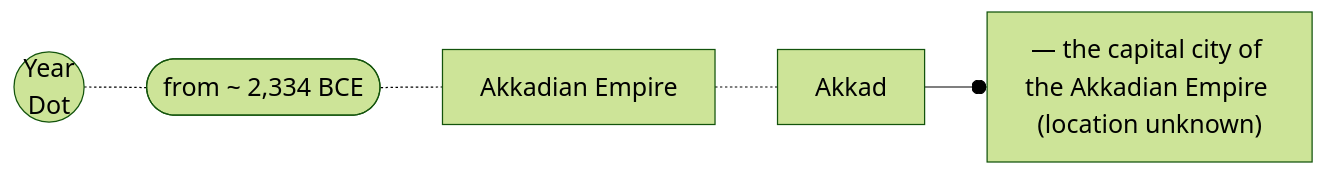
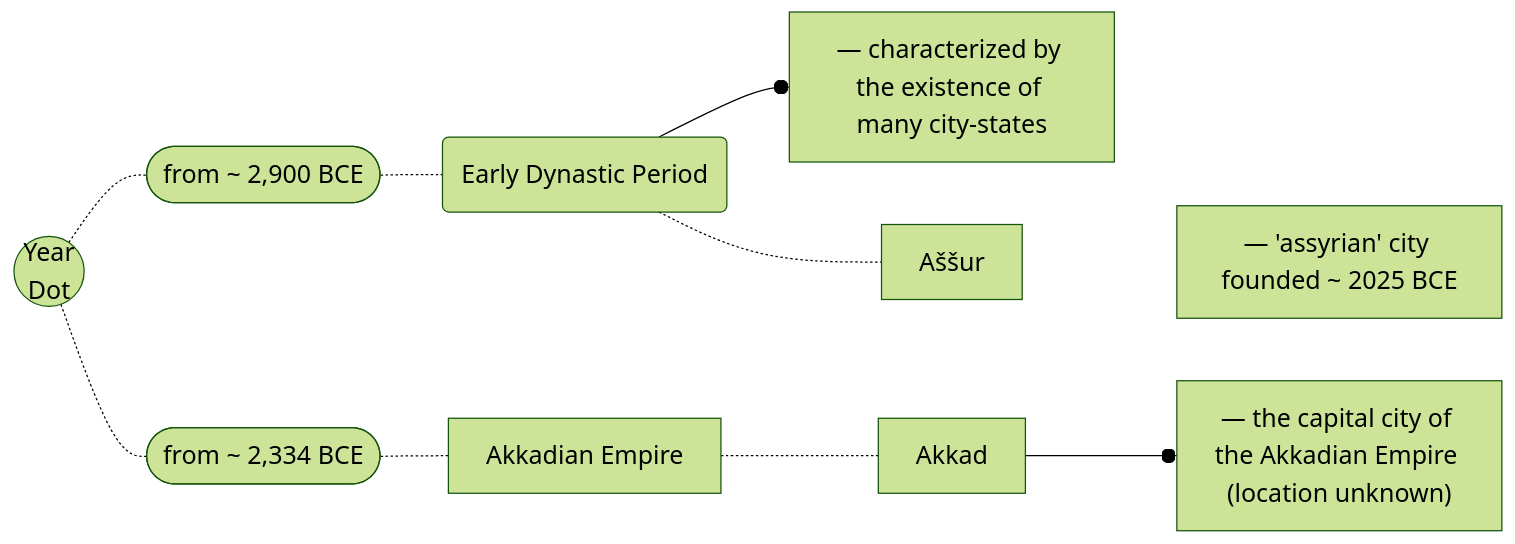
One commit to joe-dorward/samples changed the first of 3 diagrams in buttons_mermaid_v4.md. Above: the diagram before and after it, drawn with Mermaid.

````diff
--- a/buttons_mermaid_v4.md
+++ b/buttons_mermaid_v4.md
@@ -1,27 +1,43 @@
 ```mermaid
 %%{
   init: {
     'theme': 'forest',
     'themeVariables': {
       'fontSize':'15pt'
     }
   }
 }%%
 flowchart LR
 
 classDef Node fill:cornsilk, stroke:saddlebrown, color:saddlebrown, line-height:150%, margin:0px, padding:0px;
 %%classDef Note fill:white, stroke:white, text-align:left, font-size:13pt;
 classDef Note fill:white, stroke:white, text-align:left, font-size:13pt, width:350px, margin:-5px, padding:150px  ;
 %% ---------- ---------- ---------- ---------- ---------- ---------- ---------- ---------- ---------- ----------
   YEAR_DOT(("Year<br>Dot"))
 
+  2900([from ~ 2,900 BCE])
+    EARLY_DYNASTIC_PERIOD(Early Dynastic Period)
+    click EARLY_DYNASTIC_PERIOD "https://en.wikipedia.org/wiki/Early_Dynastic_Period_(Mesopotamia)" _blank
+    EARLY_DYNASTIC_PERIOD_NOTE[#151; characterized by the existence of many city-states]
+
+    ASSUR_01[Aššur]
+    ASSUR_01_NOTE[#151; 'assyrian' city founded ~ 2025 BCE]
+    click ASSUR_01 "https://en.wikipedia.org/wiki/Assur" _blank
+
+
+
+
   2334([from ~ 2,334 BCE])
     AKKADIAN_EMPIRE[Akkadian Empire]
     click AKKADIAN_EMPIRE "https://en.wikipedia.org/wiki/Akkadian_Empire" _blank
 
     AKKAD[Akkad]
     AKKAD_NOTE["#151; the capital city of the Akkadian Empire (location unknown)"]
 
+
+  YEAR_DOT-.-2900-.-EARLY_DYNASTIC_PERIOD--oEARLY_DYNASTIC_PERIOD_NOTE
+                    EARLY_DYNASTIC_PERIOD-.-ASSUR_01~~~ASSUR_01_NOTE
+
   YEAR_DOT-.-2334-.-AKKADIAN_EMPIRE
                     AKKADIAN_EMPIRE-.-AKKAD--oAKKAD_NOTE
 ```
````
